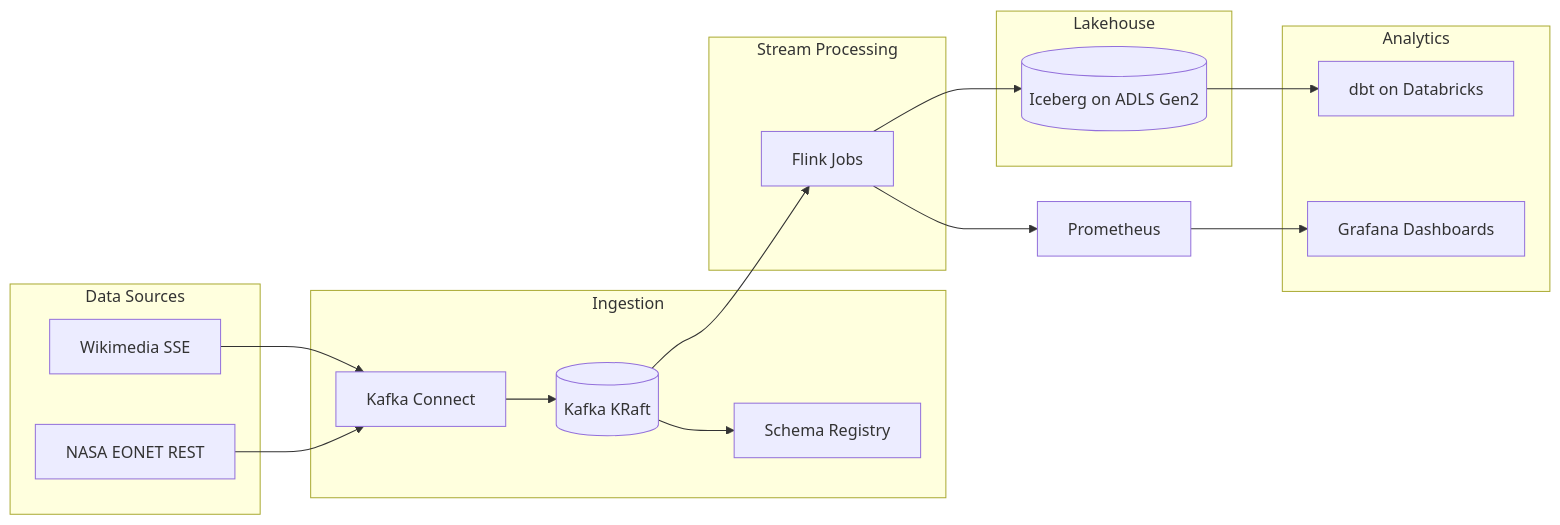
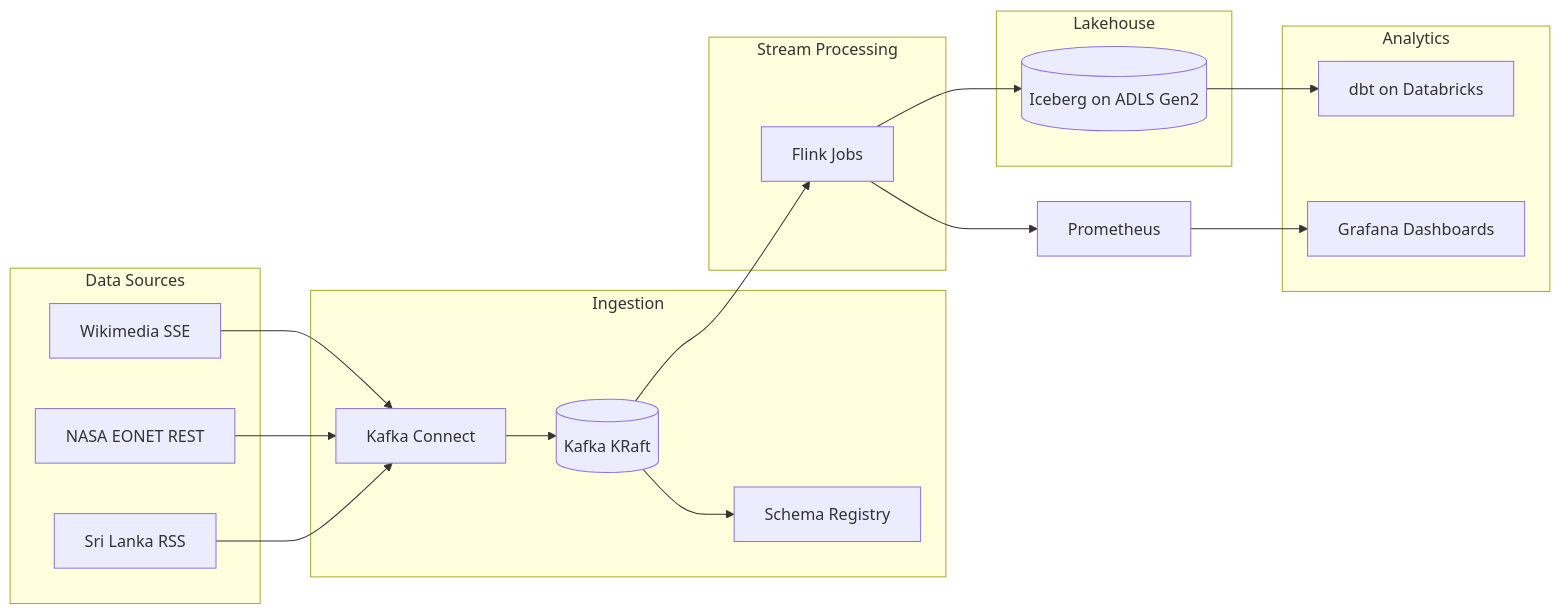
Before and after one commit to Cookie-Cat21/Vega: the diagram in README.md, drawn with Mermaid. The commit also changed other lines of this file and 15 other files, not shown here.

````diff
--- a/README.md
+++ b/README.md
@@ -7,36 +7,38 @@
 ```mermaid
 flowchart LR
     subgraph sources [Data Sources]
         Wiki[Wikimedia SSE]
         EONET[NASA EONET REST]
+        SLNews[Sri Lanka RSS]
     end
 
     subgraph ingest [Ingestion]
         KC[Kafka Connect]
         Kafka[(Kafka KRaft)]
         SR[Schema Registry]
     end
 
     subgraph process [Stream Processing]
         Flink[Flink Jobs]
     end
 
     subgraph storage [Lakehouse]
         Iceberg[(Iceberg on ADLS Gen2)]
     end
 
     subgraph analytics [Analytics]
         DBT[dbt on Databricks]
         Grafana[Grafana Dashboards]
     end
 
     Wiki --> KC
     EONET --> KC
+    SLNews --> KC
     KC --> Kafka
     Kafka --> SR
     Kafka --> Flink
     Flink --> Iceberg
     Iceberg --> DBT
     Flink --> Prometheus
     Prometheus --> Grafana
 ```
````
